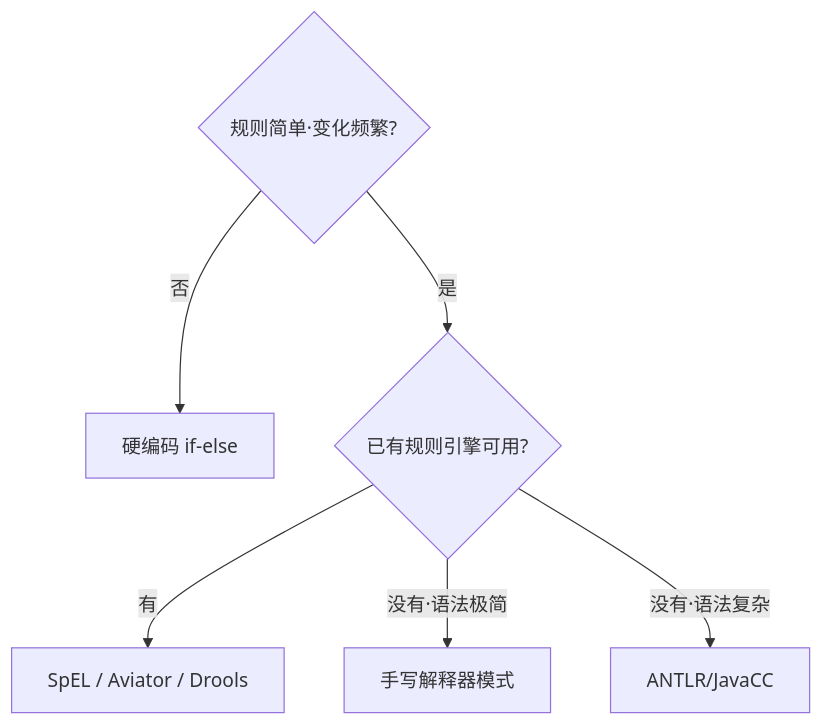
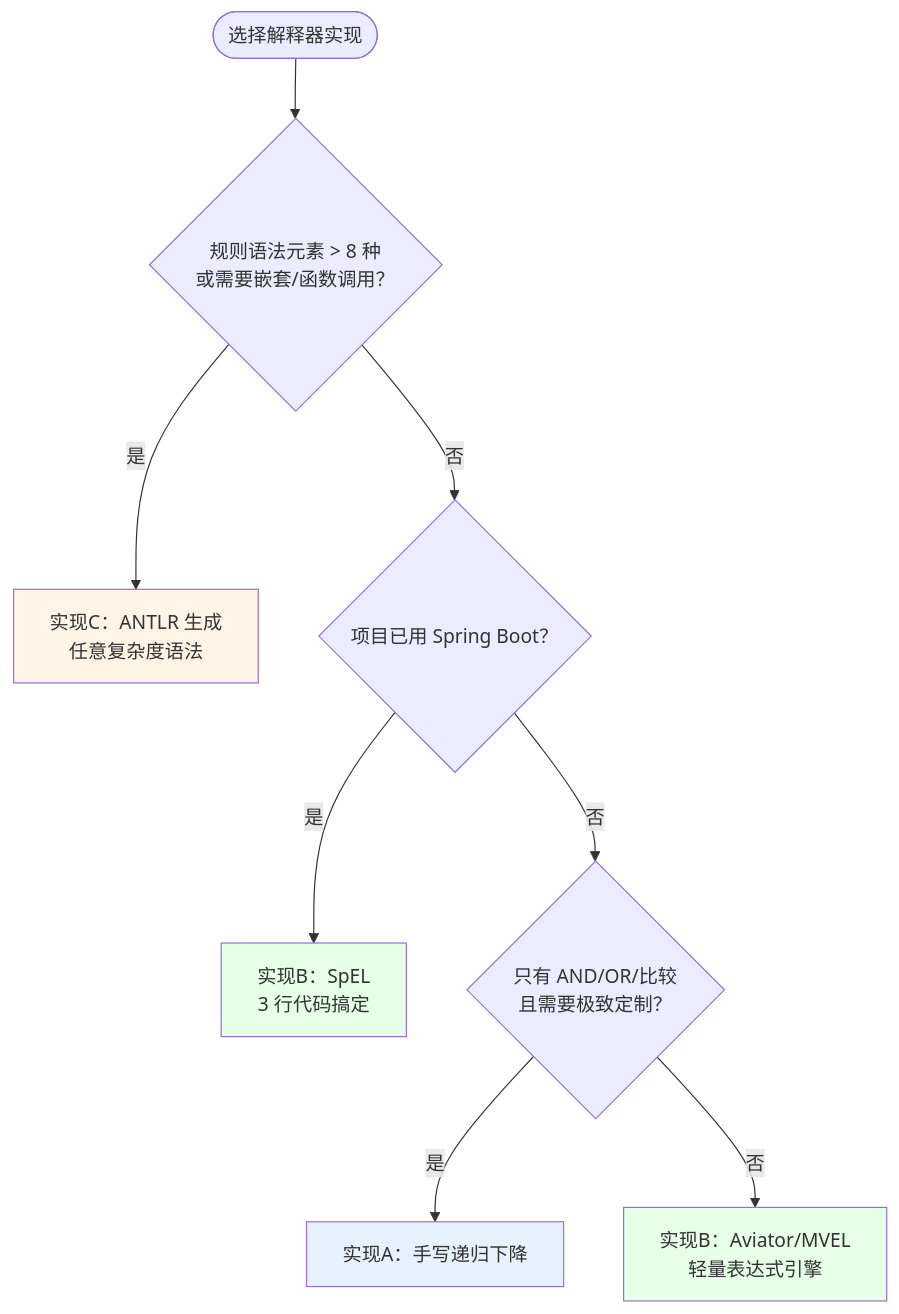
Before and after one commit to chongyang211/YCBookBlog: the sixth of 8 diagrams in docs/08.编程/03.巧学设计模式/23.解释器模式设计思想.md, drawn with Mermaid. The commit also changed other lines of this file and 13 other files, not shown here.

````diff
--- a/docs/08.编程/03.巧学设计模式/23.解释器模式设计思想.md
+++ b/docs/08.编程/03.巧学设计模式/23.解释器模式设计思想.md
@@ -394,8 +605,15 @@
 ```mermaid
 flowchart TD
-    A{规则简单·变化频繁?} -->|否| 普通[硬编码 if-else]
-    A -->|是| B{已有规则引擎可用?}
-    B -->|有| 用现成[SpEL / Aviator / Drools]
-    B -->|没有·语法极简| 写解释器[手写解释器模式]
-    B -->|没有·语法复杂| 工具[ANTLR/JavaCC]
+    Start([选择解释器实现]) --> Q1{规则语法元素 > 8 种<br/>或需要嵌套/函数调用？}
+    Q1 -->|是| OptC[实现C：ANTLR 生成<br/>任意复杂度语法]
+    Q1 -->|否| Q2{项目已用 Spring Boot？}
+    Q2 -->|是| OptB[实现B：SpEL<br/>3 行代码搞定]
+    Q2 -->|否| Q3{只有 AND/OR/比较<br/>且需要极致定制？}
+    Q3 -->|是| OptA[实现A：手写递归下降]
+    Q3 -->|否| OptB2[实现B：Aviator/MVEL<br/>轻量表达式引擎]
+
+    style OptC fill:#fff4e6
+    style OptB fill:#e6ffe6
+    style OptA fill:#e6f3ff
+    style OptB2 fill:#e6ffe6
 ```
````
